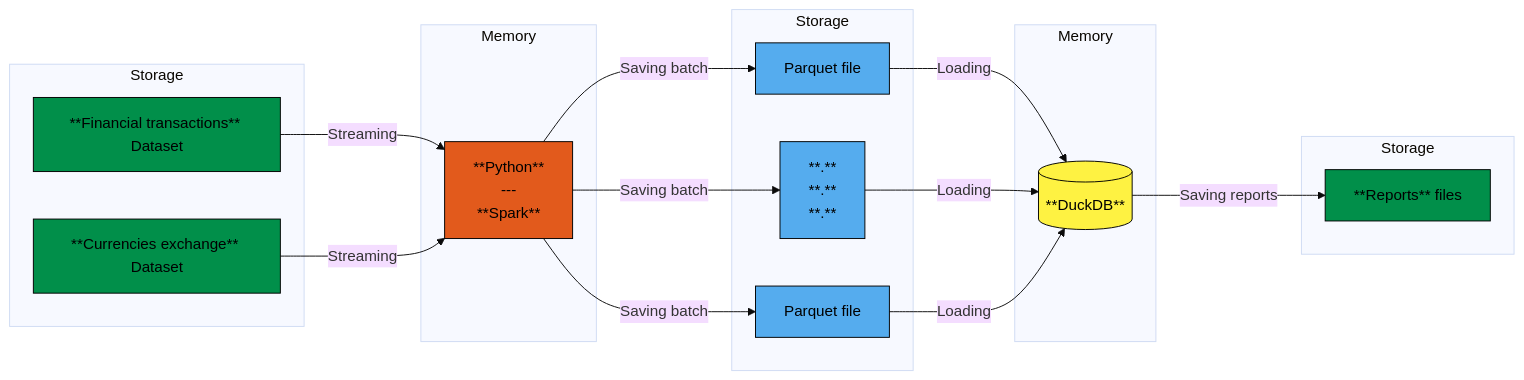
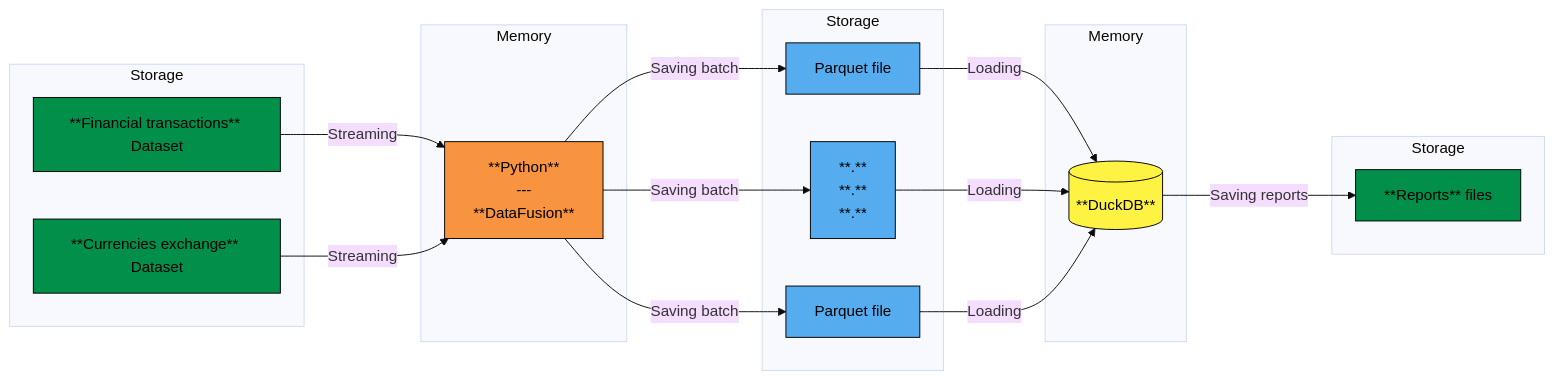
The diagram in README.md (LugolBis/data-financial), drawn with Mermaid (base theme) before and after one commit. The commit also changed other lines of this file, not shown here.

````diff
--- a/README.md
+++ b/README.md
@@ -9,44 +9,44 @@
 ```mermaid
 flowchart LR
-    A[**Financial transactions** Dataset] -->|Streaming| C[**Python** <br>--- <br> **Spark**]
-    B[**Currencies exchange** Dataset] -->|Streaming| C[**Python** <br>--- <br> **Spark**]
+    A[**Financial transactions** Dataset] -->|Streaming| C[**Python** <br>--- <br> **DataFusion**]
+    B[**Currencies exchange** Dataset] -->|Streaming| C[**Python** <br>--- <br> **DataFusion**]
     C -->|Saving batch| D0[Parquet file]
     C -->|Saving batch| D1[**.**<br>**.**<br> **.**]
     C -->|Saving batch| D2[Parquet file]
     D0 -->|Loading| E[(**DuckDB**)]
     D1 -->|Loading| E[(**DuckDB**)]
     D2 -->|Loading| E[(**DuckDB**)]
     E -->|Saving reports| F[**Reports** files]
 
     subgraph Extraction [Storage]
         A
         B
     end
 
     subgraph Processing [Memory]
         C
     end
 
     subgraph Save [Storage]
         D0
         D1
         D2
     end
 
     subgraph DBInMemory [Memory]
         E
     end
 
     subgraph Reports [Storage]
         F
     end
     
     style A fill:#018f4a,stroke:#000000,color:#000000,stroke-width:1px
     style B fill:#018f4a,stroke:#000000,color:#000000,stroke-width:1px
-    style C fill:#e25a1c,stroke:#000000,color:#000000,stroke-width:1px
+    style C fill:#f8933f,stroke:#000000,color:#000000,stroke-width:1px
     style D0 fill:#55acee,stroke:#000000,color:#000000,stroke-width:1px
     style D1 fill:#55acee,stroke:#000000,color:#000000,stroke-width:1px
     style D2 fill:#55acee,stroke:#000000,color:#000000,stroke-width:1px
     style E fill:#fef242,stroke:#000000,color:#000000,stroke-width:1px
     style F fill:#018f4a,stroke:#000000,color:#000000,stroke-width:1px
 ```
````
